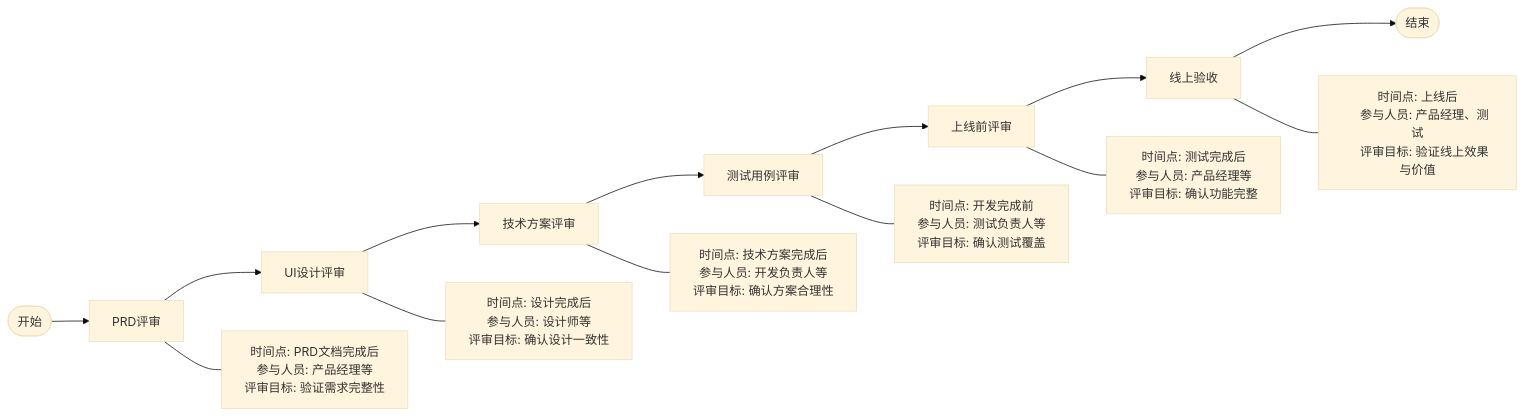
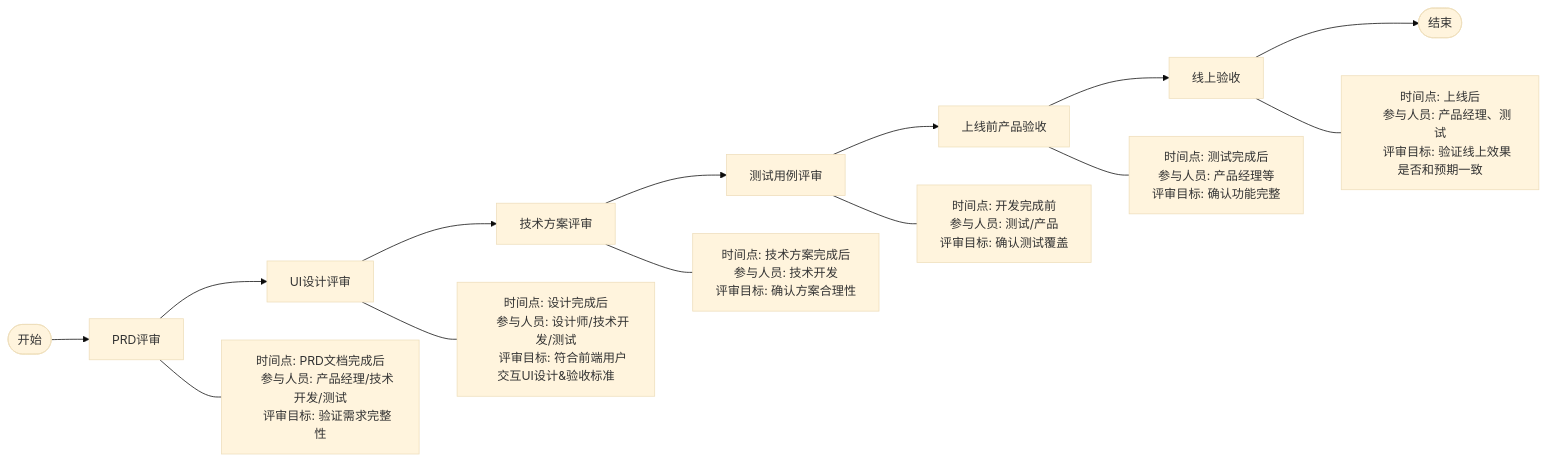
One commit to Taskon-xyz/PR changed the first of 12 diagrams in 开发流程图.md. Above: the diagram before and after it, drawn with Mermaid (base theme). The commit also changed other lines of this file and 3 other files, not shown here.

````diff
--- a/开发流程图.md
+++ b/开发流程图.md
@@ -5,34 +5,34 @@
 ```mermaid
 flowchart LR
     Start([开始]) --> PRD[PRD评审]
     PRD --> UI[UI设计评审]
     UI --> Tech[技术方案评审]
     Tech --> Test[测试用例评审]
-    Test --> Launch[上线前评审]
+    Test --> Launch[上线前产品验收]
     Launch --> Online[线上验收]
     Online --> End([结束])
   
     PRD --- PRD_Info["时间点: PRD文档完成后
-    参与人员: 产品经理等
+    参与人员: 产品经理/技术开发/测试
     评审目标: 验证需求完整性"]
   
     UI --- UI_Info["时间点: 设计完成后
-    参与人员: 设计师等
-    评审目标: 确认设计一致性"]
+    参与人员: 设计师/技术开发/测试
+    评审目标: 符合前端用户交互UI设计&验收标准"]
   
     Tech --- Tech_Info["时间点: 技术方案完成后
-    参与人员: 开发负责人等
+    参与人员: 技术开发
     评审目标: 确认方案合理性"]
   
     Test --- Test_Info["时间点: 开发完成前
-    参与人员: 测试负责人等
+    参与人员: 测试/产品
     评审目标: 确认测试覆盖"]
   
     Launch --- Launch_Info["时间点: 测试完成后
     参与人员: 产品经理等
     评审目标: 确认功能完整"]
   
     Online --- Online_Info["时间点: 上线后
     参与人员: 产品经理、测试
-    评审目标: 验证线上效果与价值"]
+    评审目标: 验证线上效果是否和预期一致"]
 ```
````
